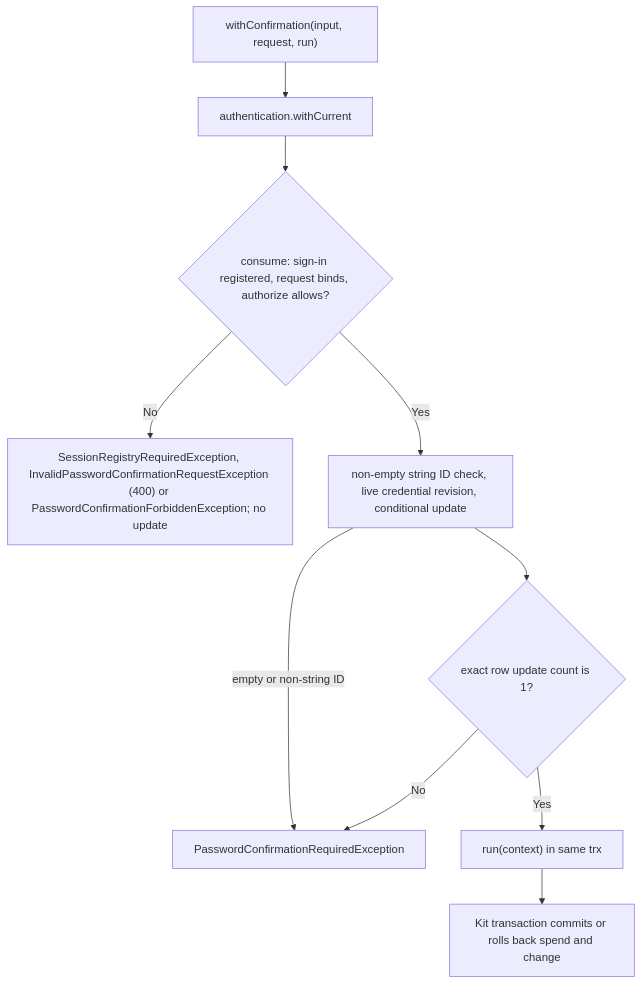
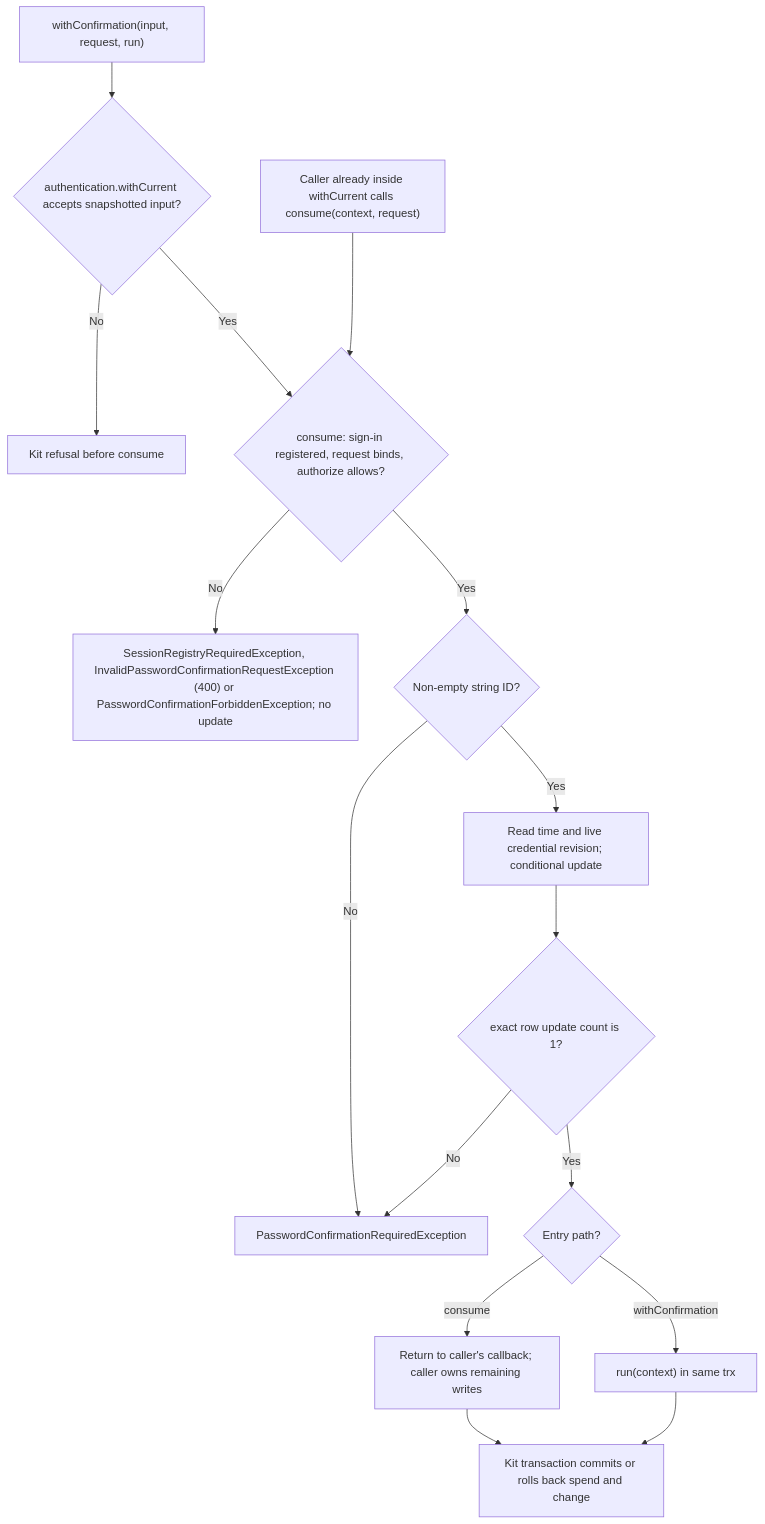
One commit to Kevinjohn/oss-adonisjs-confirm-action-with-password changed the second of 2 diagrams in user-stories/US-CONFIRM-02-spend-confirmation.md. Above: the diagram before and after it, drawn with Mermaid. The commit also changed other lines of this file and 11 other files, not shown here.

````diff
--- a/user-stories/US-CONFIRM-02-spend-confirmation.md
+++ b/user-stories/US-CONFIRM-02-spend-confirmation.md
@@ -35,12 +39,18 @@
 ```mermaid
 flowchart TD
-    A["withConfirmation(input, request, run)"] --> B["authentication.withCurrent"]
-    B --> C{"consume: sign-in registered, request binds, authorize allows?"}
+    A["withConfirmation(input, request, run)"] --> B{"authentication.withCurrent accepts snapshotted input?"}
+    B -->|No| X["Kit refusal before consume"]
+    B -->|Yes| C{"consume: sign-in registered, request binds, authorize allows?"}
+    A2["Caller already inside withCurrent calls consume(context, request)"] --> C
     C -->|No| C2["SessionRegistryRequiredException, InvalidPasswordConfirmationRequestException (400) or PasswordConfirmationForbiddenException; no update"]
-    C -->|Yes| C3["non-empty string ID check, live credential revision, conditional update"]
-    C3 -->|"empty or non-string ID"| E
-    C3 --> D{"exact row update count is 1?"}
+    C -->|Yes| C3{"Non-empty string ID?"}
+    C3 -->|No| E
+    C3 -->|Yes| U["Read time and live credential revision; conditional update"]
+    U --> D{"exact row update count is 1?"}
     D -->|No| E["PasswordConfirmationRequiredException"]
-    D -->|Yes| F["run(context) in same trx"]
+    D -->|Yes| R{"Entry path?"}
+    R -->|withConfirmation| F["run(context) in same trx"]
+    R -->|consume| Y["Return to caller's callback; caller owns remaining writes"]
+    Y --> G
     F --> G["Kit transaction commits or rolls back spend and change"]
 ```
````
